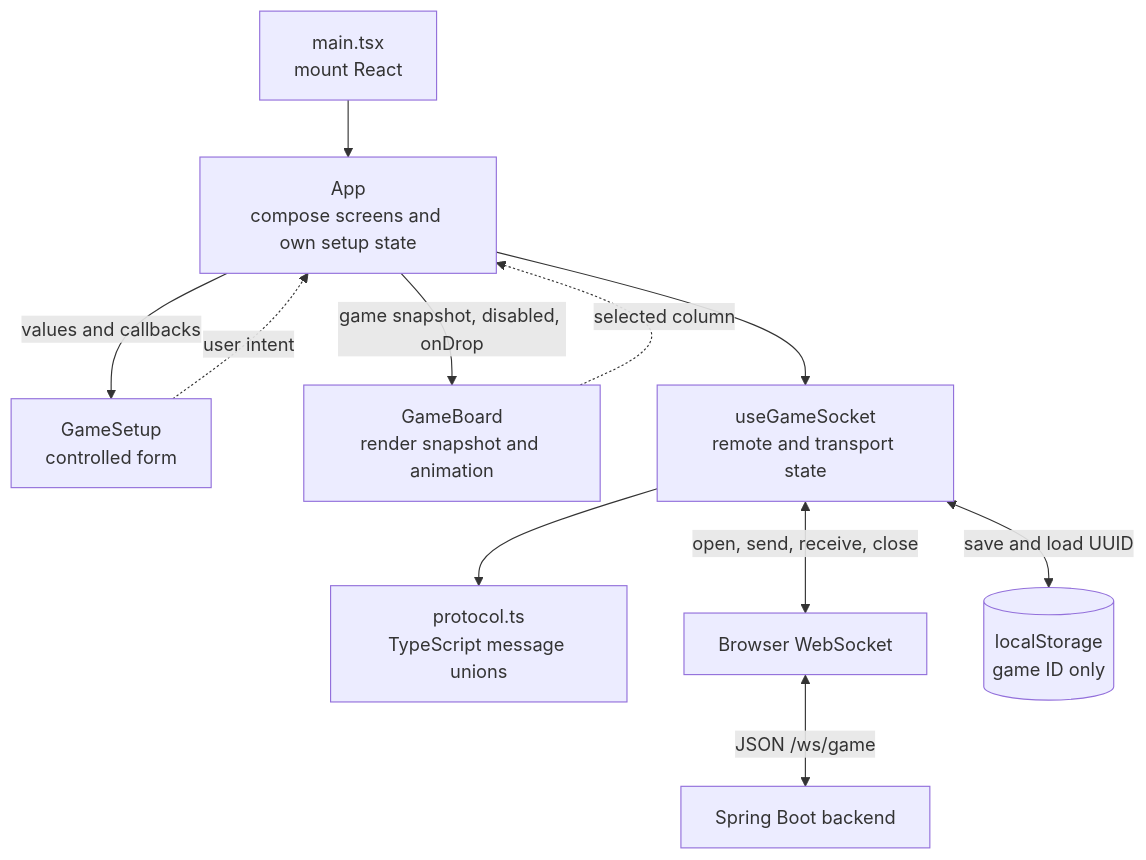
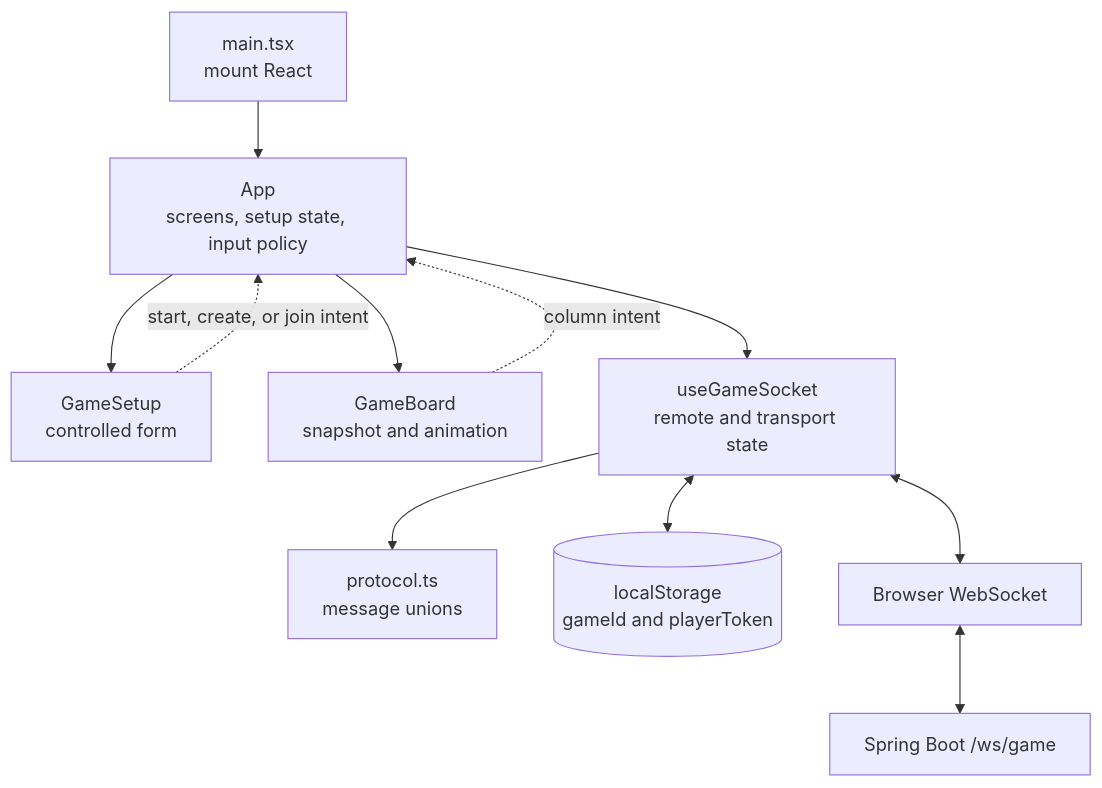
The first of 2 diagrams in docs/frontend-design.md (blam135/Connect-4-Game), drawn with Mermaid before and after one commit. The commit also changed other lines of this file and 36 other files, not shown here.

````diff
--- a/docs/frontend-design.md
+++ b/docs/frontend-design.md
@@ -105,23 +33,23 @@
 ```mermaid
 flowchart TB
     Main["main.tsx<br/>mount React"]
-    App["App<br/>compose screens and own setup state"]
+    App["App<br/>screens, setup state, input policy"]
     Setup["GameSetup<br/>controlled form"]
-    Board["GameBoard<br/>render snapshot and animation"]
+    Board["GameBoard<br/>snapshot and animation"]
     Hook["useGameSocket<br/>remote and transport state"]
-    Protocol["protocol.ts<br/>TypeScript message unions"]
+    Protocol["protocol.ts<br/>message unions"]
+    Storage[("localStorage<br/>gameId and playerToken")]
     Socket["Browser WebSocket"]
-    Storage[("localStorage<br/>game ID only")]
-    Server["Spring Boot backend"]
+    Server["Spring Boot /ws/game"]
 
     Main --> App
-    App -->|"values and callbacks"| Setup
-    App -->|"game snapshot, disabled, onDrop"| Board
+    App --> Setup
+    App --> Board
     App --> Hook
     Hook --> Protocol
-    Hook <-->|"open, send, receive, close"| Socket
-    Hook <-->|"save and load UUID"| Storage
-    Socket <-->|"JSON /ws/game"| Server
-    Setup -.->|"user intent"| App
-    Board -.->|"selected column"| App
+    Hook <--> Storage
+    Hook <--> Socket
+    Socket <--> Server
+    Setup -.->|"start, create, or join intent"| App
+    Board -.->|"column intent"| App
 ```
````
